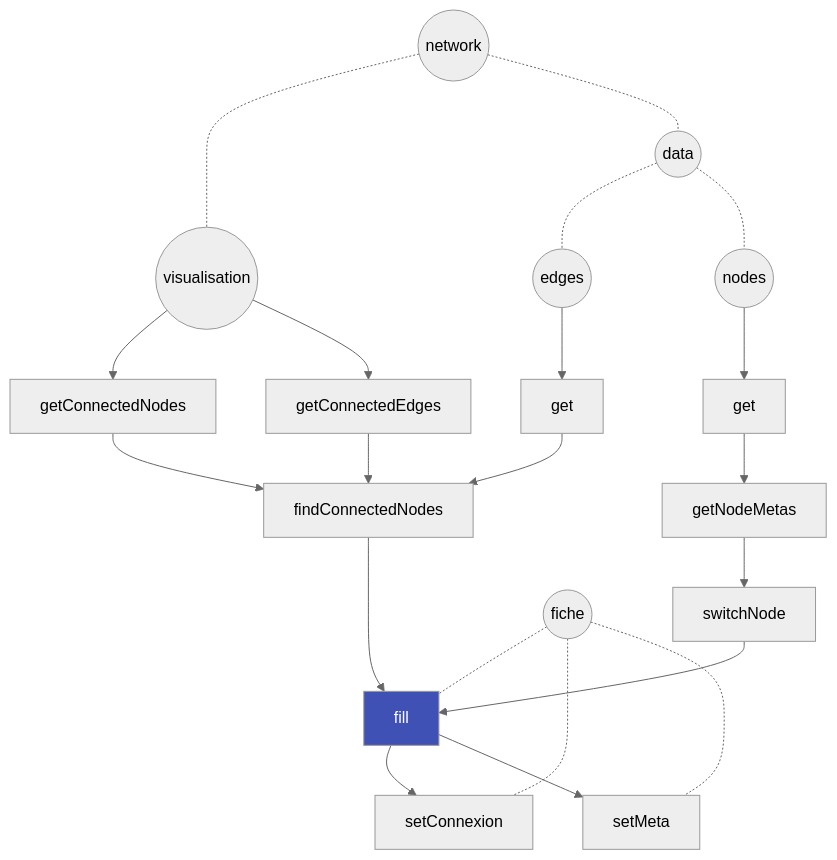
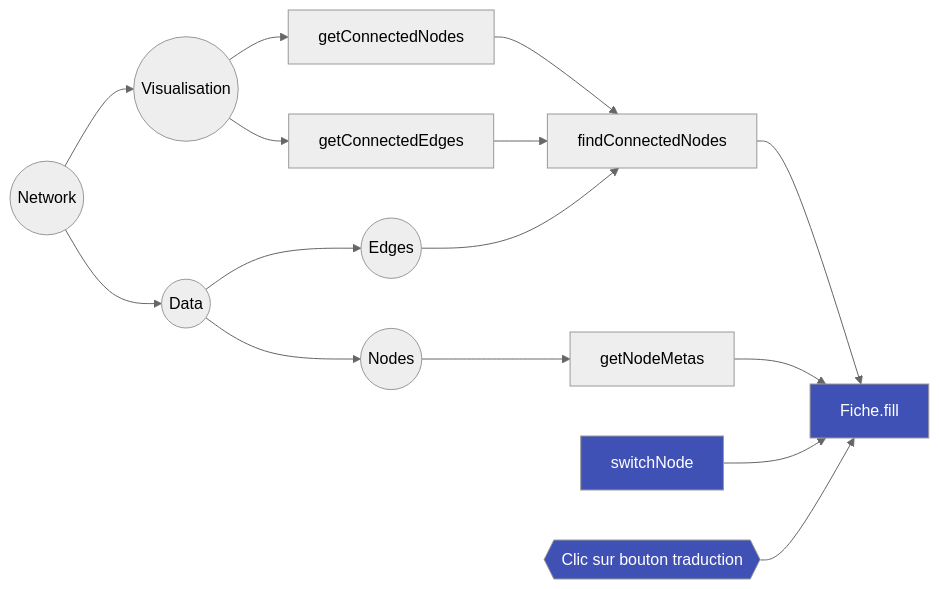
The first of 2 diagrams in doc/en/docs/modify-source-code/modify-description-panel.md (graphlab-fr/opensphere-web-app), drawn with Mermaid (neutral theme) before and after one commit. The commit also changed other lines of this file and 5 other files, not shown here.

````diff
--- a/doc/en/docs/modify-source-code/modify-description-panel.md
+++ b/doc/en/docs/modify-source-code/modify-description-panel.md
@@ -13,42 +13,35 @@
 ```mermaid
-graph TD
-    1[switchNode]
-    2((fiche))
-    3[fill]
-    4[findConnectedNodes]
-    5((network))
-    6((visualisation))
-    7((data))
-    8[getNodeMetas]
-    9[getConnectedNodes]
-    10[getConnectedEdges]
-    11((edges))
-    12[get]
-    13((nodes))
-    14[get]
-    15[setConnexion]
-    16[setMeta]
+graph LR
+    obj_network((Network))
+    obj_data((Data))
+    obj_nodes((Nodes))
+    obj_edges((Edges))
+    fx_getnodemetas[getNodeMetas]
+    obj_visualisation((Visualisation))
+    fx_getconnectednodes[getConnectedNodes]
+    fx_getconnectededges[getConnectedEdges]
+    fx_findconnectednodes[findConnectedNodes]
+    fx_fill[Fiche.fill]
+    fx_switchnode[switchNode]
+    evtclick{{Clic sur bouton traduction}}
 
-    style 3 fill:#4051b5,color:#fff
+    obj_network --> obj_data
+    obj_data --> obj_nodes
+    obj_data --> obj_edges
+    obj_nodes --> fx_getnodemetas
+    obj_network --> obj_visualisation
+    obj_visualisation --> fx_getconnectednodes
+    obj_visualisation --> fx_getconnectededges
+    fx_getconnectednodes --> fx_findconnectednodes
+    fx_getconnectededges --> fx_findconnectednodes
+    obj_edges --> fx_findconnectednodes
+    fx_findconnectednodes --> fx_fill
+    fx_getnodemetas --> fx_fill
 
-    1 --> 3
-    2 -.- 3
-    4 --> 3
-    5 -.- 6
-    5 -.- 7
-    8 --> 1
-    6 --> 9
-    6 --> 10
-    9 --> 4
-    10 --> 4
-    7 -.- 11
-    11 --> 12
-    12 --> 4
-    7 -.- 13
-    13 --> 14
-    14 --> 8
-    2 -.- 15
-    2 -.- 16
-    3 --> 15
-    3 --> 16
+    fx_switchnode --> fx_fill
+    evtclick --> fx_fill
+
+    style fx_fill fill:#4051b5,color:#fff
+    style fx_switchnode fill:#4051b5,color:#fff
+    style evtclick fill:#4051b5,color:#fff
 ```
````
